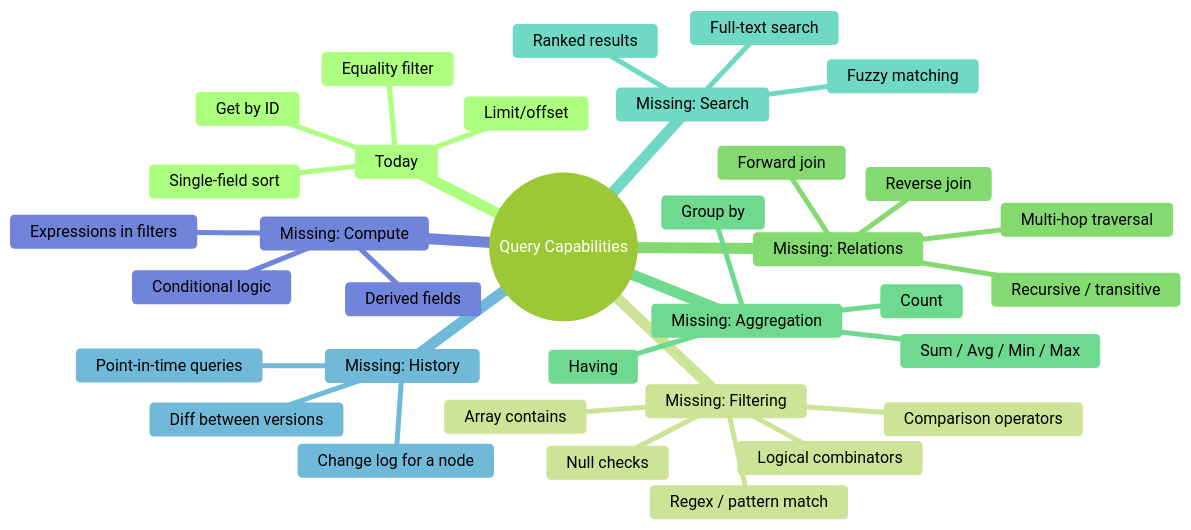
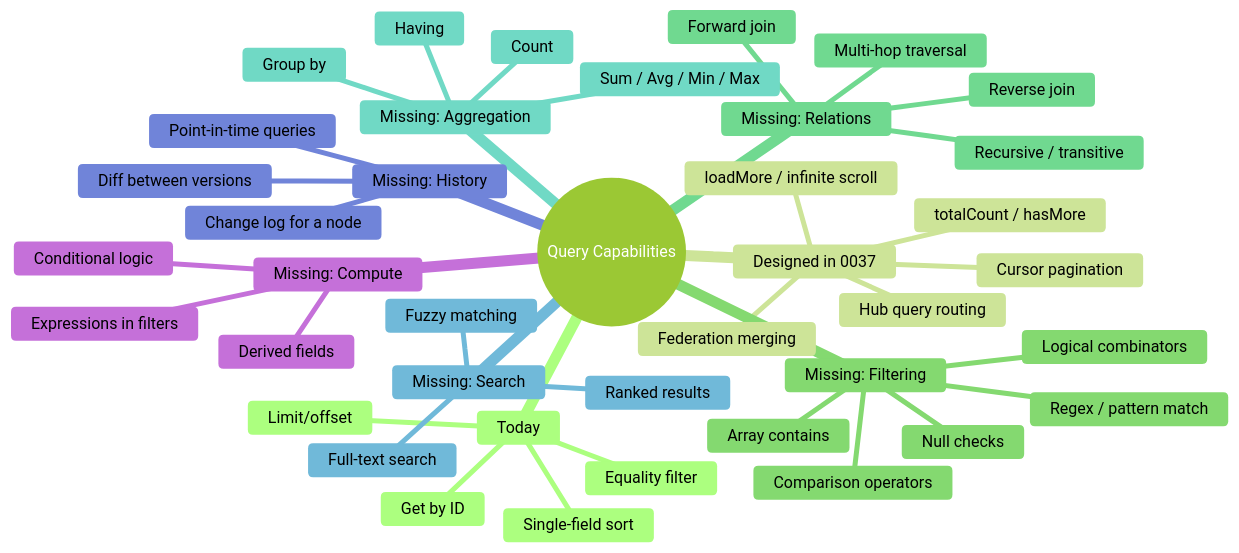
The first of 18 diagrams in docs/explorations/0042_UNIFIED_QUERY_API.md (crs48/xNet), drawn with Mermaid (forest theme) before and after one commit. The commit also changed other lines of this file, not shown here.

Commit message:
docs: integrate pagination exploration (0037) references throughout query API doc

````diff
--- a/docs/explorations/0042_UNIFIED_QUERY_API.md
+++ b/docs/explorations/0042_UNIFIED_QUERY_API.md
@@ -49,37 +51,43 @@
 ```mermaid
 mindmap
   root((Query Capabilities))
     Today
       Equality filter
       Single-field sort
       Limit/offset
       Get by ID
+    Designed in 0037
+      totalCount / hasMore
+      loadMore / infinite scroll
+      Cursor pagination
+      Hub query routing
+      Federation merging
     Missing: Filtering
       Comparison operators
       Logical combinators
       Regex / pattern match
       Null checks
       Array contains
     Missing: Relations
       Forward join
       Reverse join
       Multi-hop traversal
       Recursive / transitive
     Missing: Aggregation
       Count
       Sum / Avg / Min / Max
       Group by
       Having
     Missing: Search
       Full-text search
       Fuzzy matching
       Ranked results
     Missing: History
       Point-in-time queries
       Change log for a node
       Diff between versions
     Missing: Compute
       Expressions in filters
       Derived fields
       Conditional logic
 ```
````
